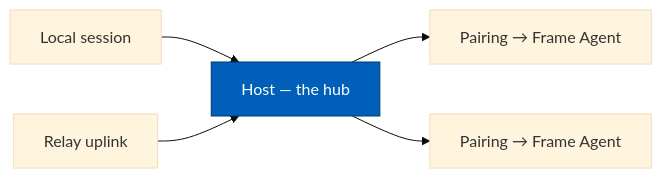
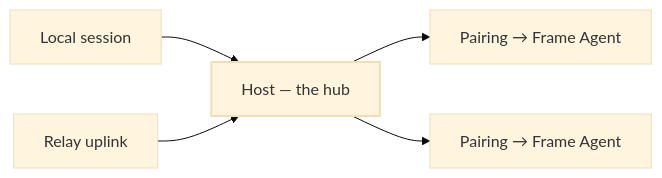
The second of 2 diagrams in docs/explanation/architecture.md (olimsaidov/icdp), drawn with Mermaid (base theme) before and after one commit. The commit also changed other lines of this file and 4 other files, not shown here.

First line of the commit message:
Plain-language home and theme-native mermaid diagrams

````diff
--- a/docs/explanation/architecture.md
+++ b/docs/explanation/architecture.md
@@ -47,8 +47,8 @@
 ```mermaid
 flowchart LR
-    LS["Local session"] --> H["Host — the hub"]
+    LS["Local session"] --> H["Host — the hub"]:::hub
     UP["Relay uplink"] --> H
     H --> P1["Pairing → Frame Agent"]
     H --> P2["Pairing → Frame Agent"]
-    style H fill:#005fb8,stroke:#003a73,color:#fff
+    classDef hub stroke-width:2px;
 ```
````
